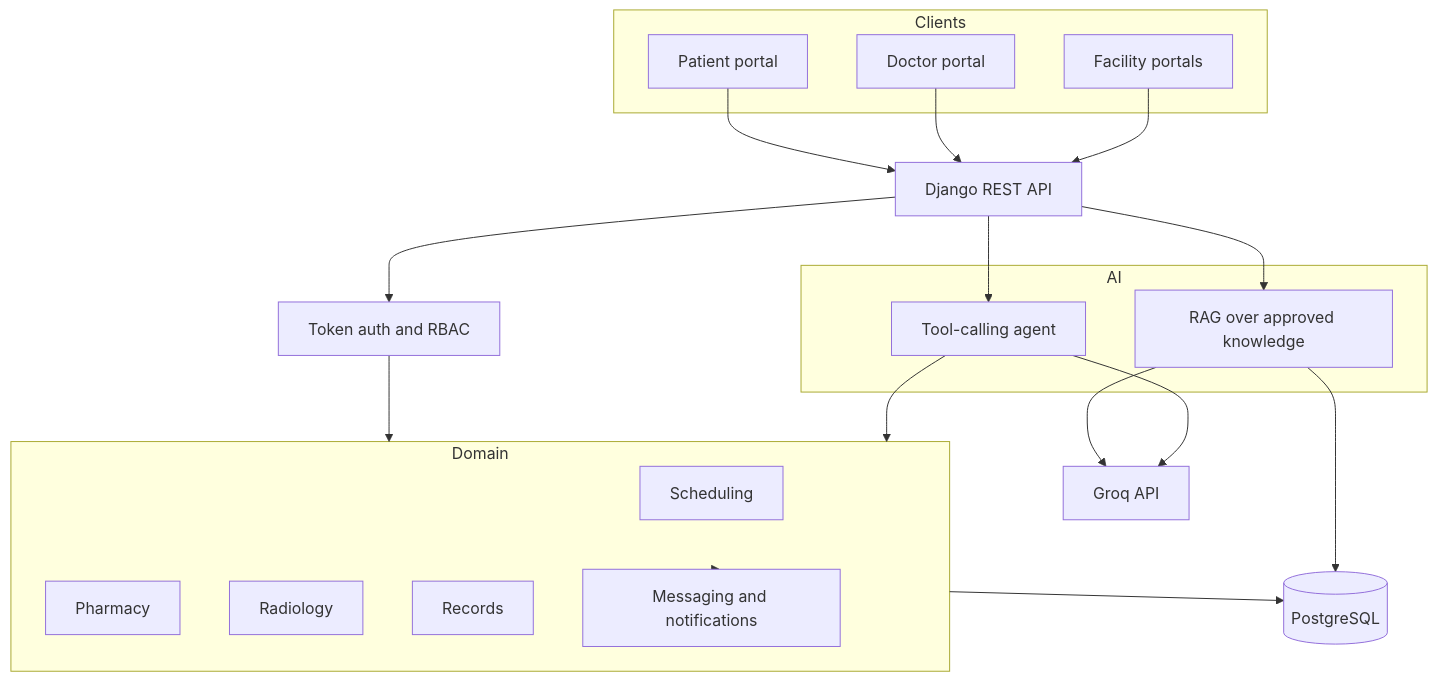
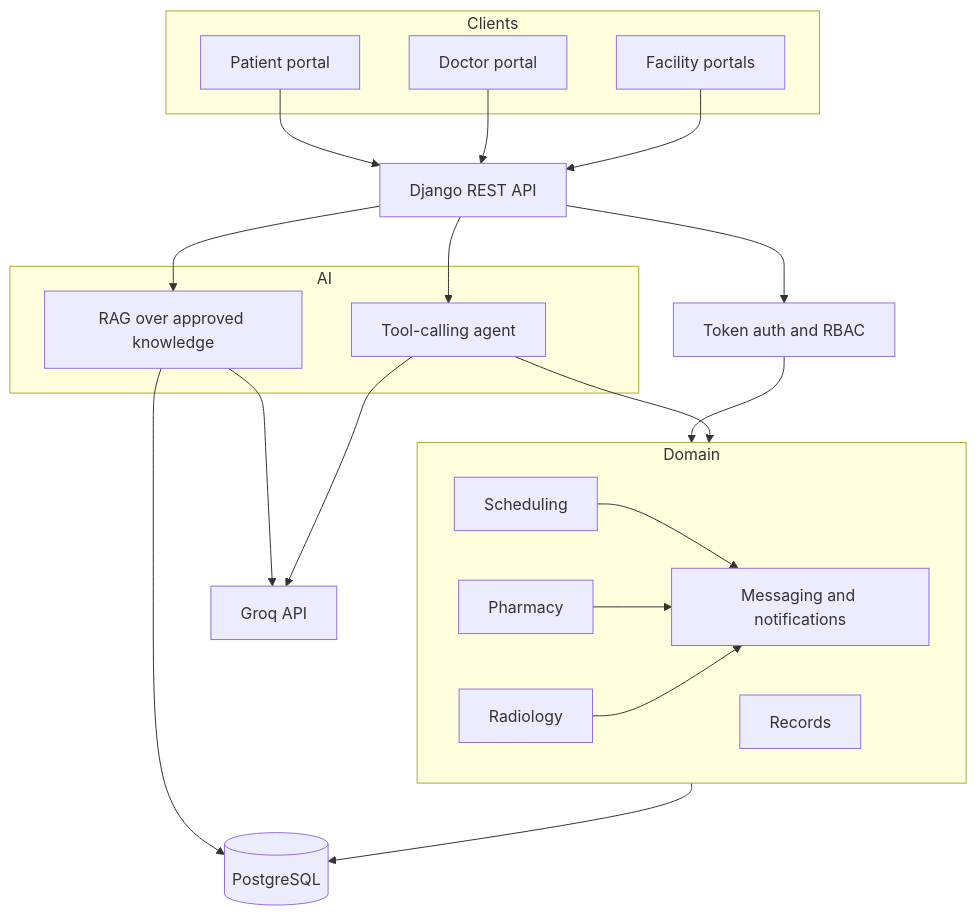
Diagram 20 of 21 in README.md (Yousef-7ossam/Roshada), drawn with Mermaid before and after one commit. The commit also changed other lines of this file and 1 other file, not shown here.

````diff
--- a/README.md
+++ b/README.md
@@ -741,35 +743,37 @@
 ```mermaid
 graph TB
     subgraph Clients
         PU[Patient portal]
         DU[Doctor portal]
         FU[Facility portals]
     end
     API[Django REST API]
     AUTH[Token auth and RBAC]
     subgraph Domain
         S1[Scheduling]
         S2[Pharmacy]
         S3[Radiology]
         S4[Records]
         S5[Messaging and notifications]
     end
     DB[(PostgreSQL)]
     subgraph AI
         RAGS[RAG over approved knowledge]
         AGENTS[Tool-calling agent]
     end
     EXT[Groq API]
 
     PU --> API
     DU --> API
     FU --> API
     API --> AUTH --> Domain --> DB
-    Domain --> S5
+    S1 --> S5
+    S2 --> S5
+    S3 --> S5
     API --> RAGS
     API --> AGENTS
     AGENTS --> Domain
     RAGS --> DB
     RAGS --> EXT
     AGENTS --> EXT
 ```
````
